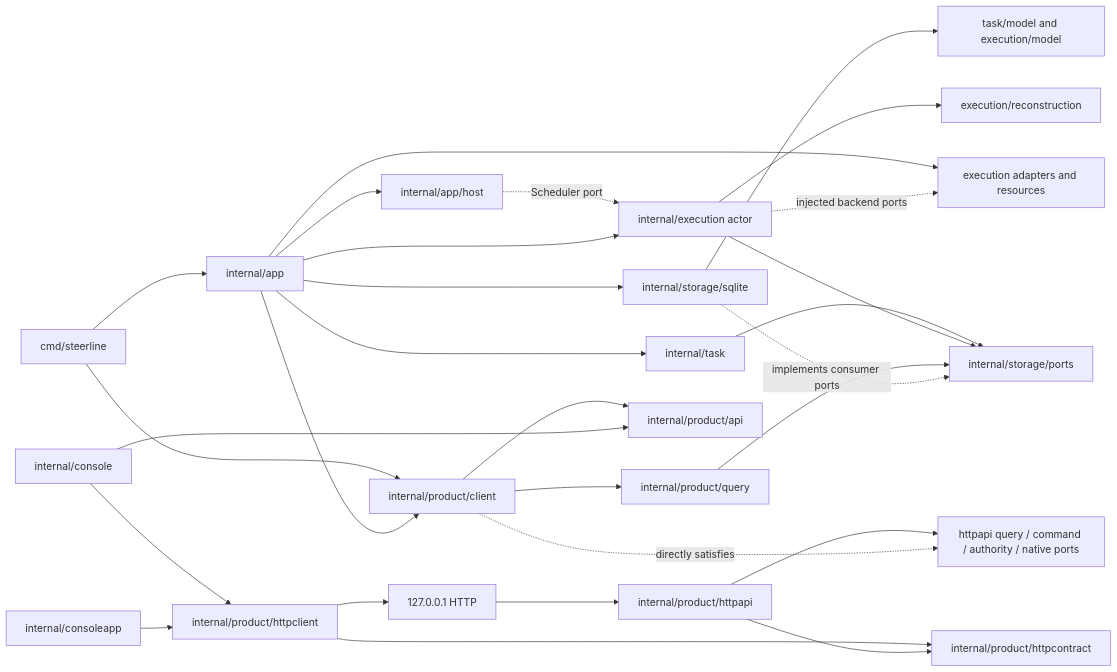
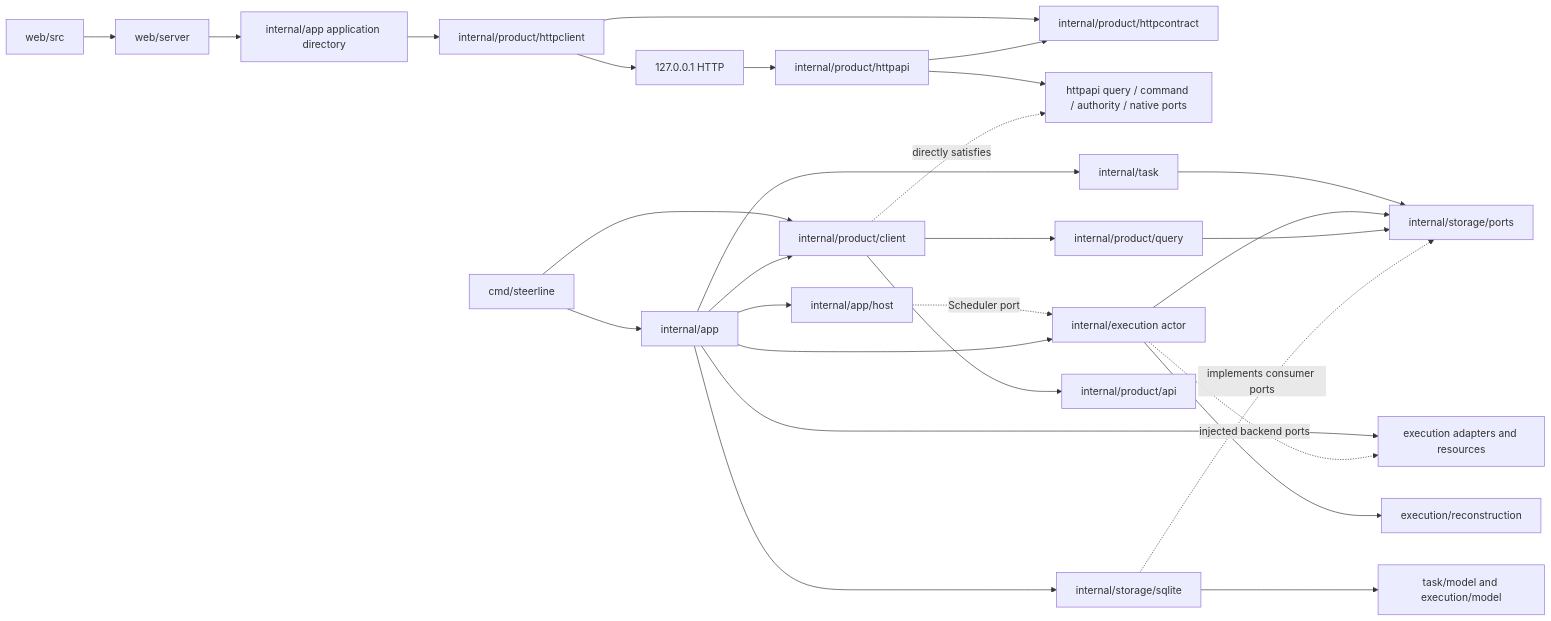
Before and after one commit to erranliu/SteerLine: the first of 2 diagrams in docs/architecture/current-code-architecture.md, drawn with Mermaid. The commit also changed other lines of this file and 189 other files, not shown here.

Commit message:
refactor: retire terminal console and keep Web frontend

````diff
--- a/docs/architecture/current-code-architecture.md
+++ b/docs/architecture/current-code-architecture.md
@@ -17,30 +17,30 @@
 ```mermaid
 flowchart LR
     CLI[cmd/steerline] --> App[internal/app]
-    TUI[internal/console] --> HC[internal/product/httpclient]
-    Assembly[internal/consoleapp] --> HC
+    Browser[web/src] --> Web[web/server]
+    Web --> Directory[internal/app application directory]
+    Directory --> HC[internal/product/httpclient]
     HC --> HTTP[127.0.0.1 HTTP]
     HC --> Contract[internal/product/httpcontract]
     CLI --> Client[internal/product/client]
     App --> Client
     HTTPAPI --> Contract
     HTTP --> HTTPAPI[internal/product/httpapi]
     HTTPAPI --> HTTPPorts[httpapi query / command / authority / native ports]
     Client -. directly satisfies .-> HTTPPorts
     App --> Host[internal/app/host]
     Host -. Scheduler port .-> Exec[internal/execution actor]
     App --> Task[internal/task]
     App --> Exec
     App --> Adapters[execution adapters and resources]
     Exec -. injected backend ports .-> Adapters
     Task --> Ports[internal/storage/ports]
     Exec --> Ports
     Query[internal/product/query] --> Ports
     Client --> Query
     Client --> API[internal/product/api]
-    TUI --> API
     App --> SQLite[internal/storage/sqlite]
     SQLite -. implements consumer ports .-> Ports
     SQLite --> Model[task/model and execution/model]
     Exec --> Rebuild[execution/reconstruction]
 ```
````
